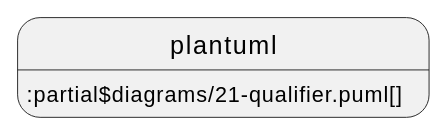
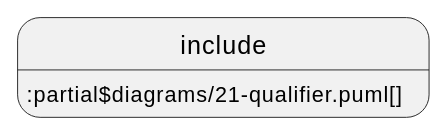
The eighth of 9 diagrams in documentation/IDTA-01001/modules/ROOT/pages/spec-metamodel/common.adoc (acplt/aas-specs), drawn with PlantUML before and after one commit. The commit also changed other lines of this file and 14 other files, not shown here.

First line of the commit message:
Revert "Use plantuml instead of include and test ./"

```diff
--- a/documentation/IDTA-01001/modules/ROOT/pages/spec-metamodel/common.adoc
+++ b/documentation/IDTA-01001/modules/ROOT/pages/spec-metamodel/common.adoc
@@ -463,4 +463,4 @@
 [plantuml, 21-qualifier, svg]
 ....
-plantuml::partial$diagrams/21-qualifier.puml[]
+include::partial$diagrams/21-qualifier.puml[]
 ....
```
